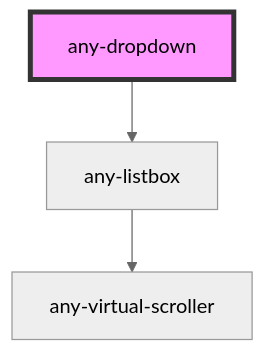
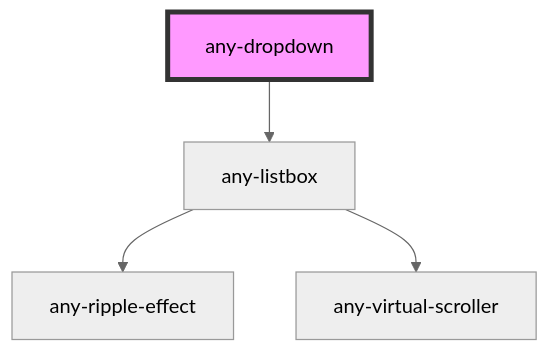
One commit to adaleks/anywhere-ui changed the diagram in packages/core/src/components/dropdown/readme.md. Above: the diagram before and after it, drawn with Mermaid (neutral theme). The commit also changed 12 other files, not shown here.

````diff
--- a/packages/core/src/components/dropdown/readme.md
+++ b/packages/core/src/components/dropdown/readme.md
@@ -55,6 +55,7 @@
 ```mermaid
 graph TD;
   any-dropdown --> any-listbox
+  any-listbox --> any-ripple-effect
   any-listbox --> any-virtual-scroller
   style any-dropdown fill:#f9f,stroke:#333,stroke-width:4px
 ```
````
